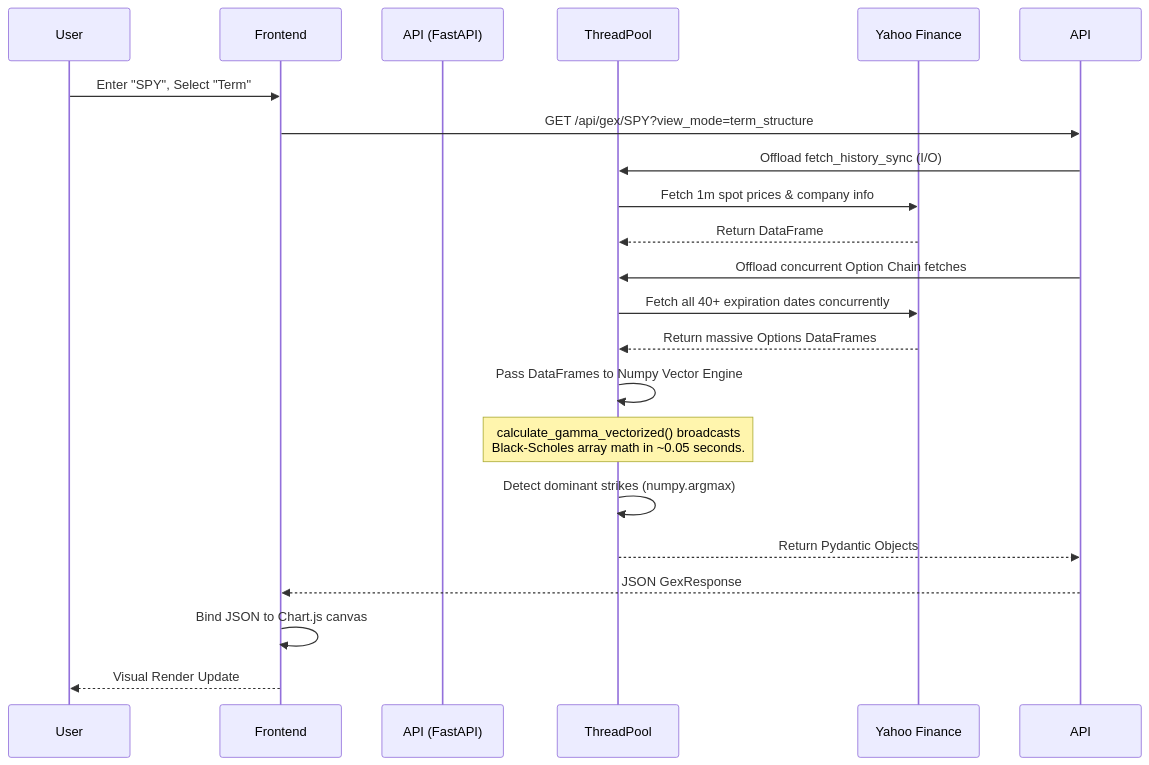
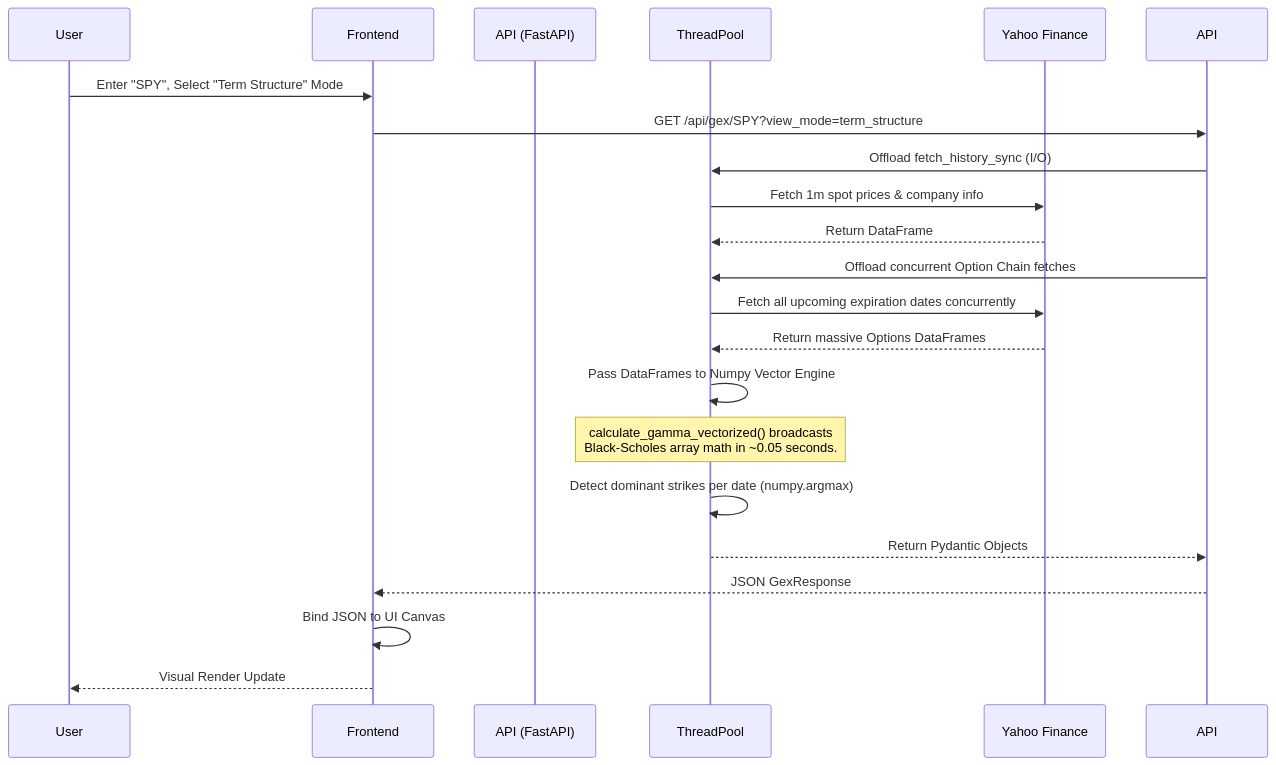
One commit to vikbht/gexify changed the fourth of 4 diagrams in ARCHITECTURE.md. Above: the diagram before and after it, drawn with Mermaid. The commit also changed other lines of this file, not shown here.

Commit message:
Docs: Restructure ARCHITECTURE.md to a hybrid model including 4+1 View and ADR paradigms

````diff
--- a/ARCHITECTURE.md
+++ b/ARCHITECTURE.md
@@ -89,29 +99,29 @@
 ```mermaid
 sequenceDiagram
     participant User
     participant Frontend
     participant API (FastAPI)
     participant ThreadPool
     participant Yahoo Finance
     
-    User->>Frontend: Enter "SPY", Select "Term"
+    User->>Frontend: Enter "SPY", Select "Term Structure" Mode
     Frontend->>API: GET /api/gex/SPY?view_mode=term_structure
     
     API->>ThreadPool: Offload fetch_history_sync (I/O)
     ThreadPool->>Yahoo Finance: Fetch 1m spot prices & company info
     Yahoo Finance-->>ThreadPool: Return DataFrame
 
     API->>ThreadPool: Offload concurrent Option Chain fetches
-    ThreadPool->>Yahoo Finance: Fetch all 40+ expiration dates concurrently
+    ThreadPool->>Yahoo Finance: Fetch all upcoming expiration dates concurrently
     Yahoo Finance-->>ThreadPool: Return massive Options DataFrames
     
     ThreadPool->>ThreadPool: Pass DataFrames to Numpy Vector Engine
     Note over ThreadPool: calculate_gamma_vectorized() broadcasts<br/>Black-Scholes array math in ~0.05 seconds.
-    ThreadPool->>ThreadPool: Detect dominant strikes (numpy.argmax)
+    ThreadPool->>ThreadPool: Detect dominant strikes per date (numpy.argmax)
     
     ThreadPool-->>API: Return Pydantic Objects
     API-->>Frontend: JSON GexResponse
     
-    Frontend->>Frontend: Bind JSON to Chart.js canvas
+    Frontend->>Frontend: Bind JSON to UI Canvas
     Frontend-->>User: Visual Render Update
 ```
````
